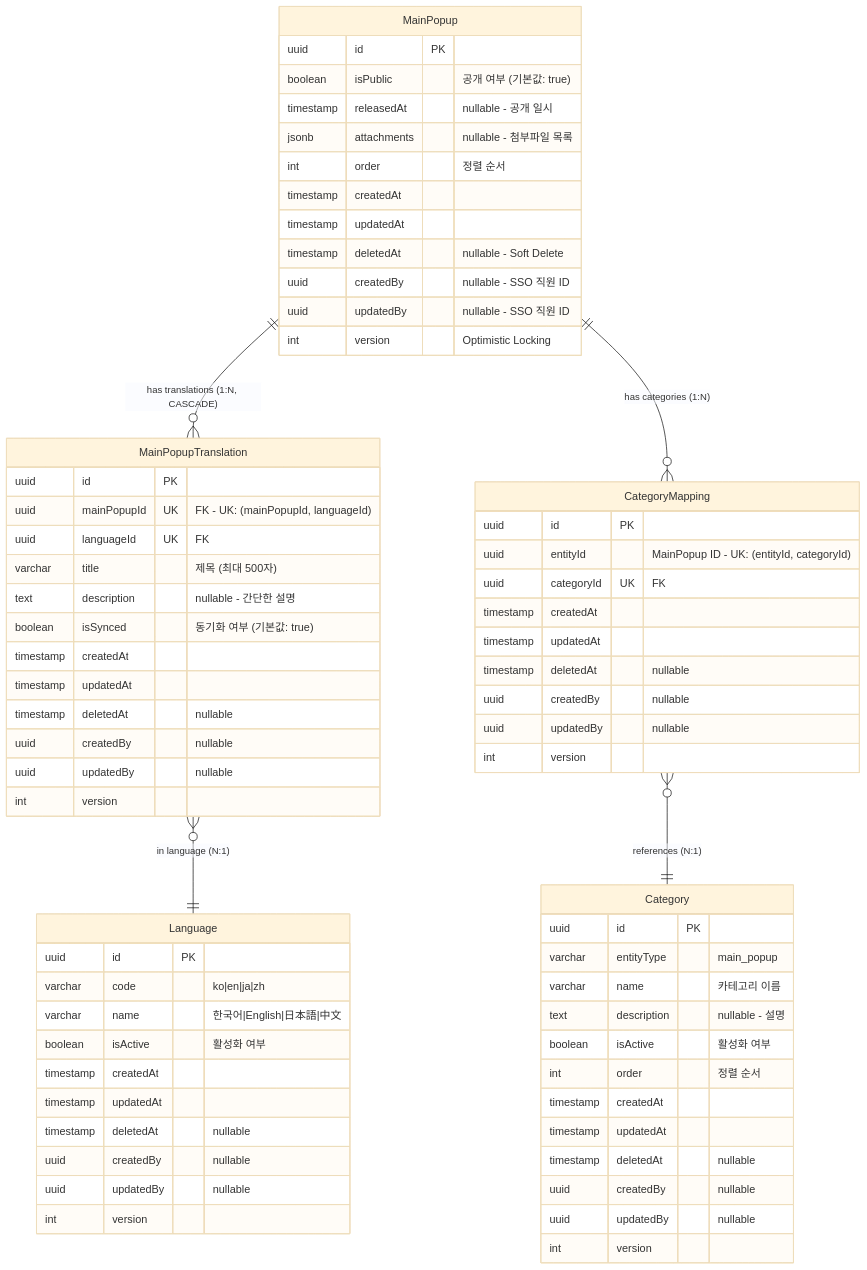
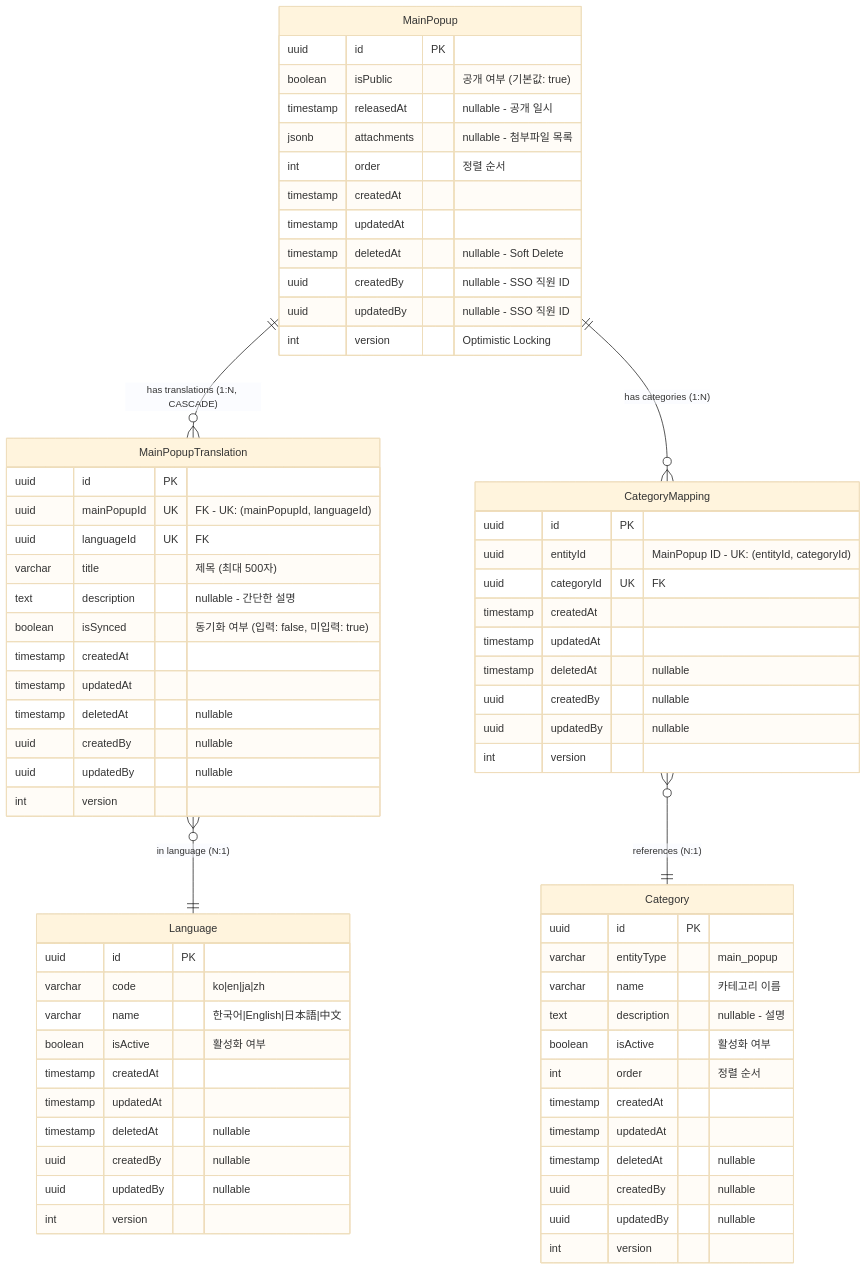
One commit to GTD-web/Back_ContentsManagementSystem changed the diagram in docs/erd/scenario-validation/main-popup-erd-validation.md. Above: the diagram before and after it, drawn with Mermaid (base theme). The commit also changed other lines of this file and 12 other files, not shown here.

````diff
--- a/docs/erd/scenario-validation/main-popup-erd-validation.md
+++ b/docs/erd/scenario-validation/main-popup-erd-validation.md
@@ -254,82 +260,82 @@
 ```mermaid
 erDiagram
     %% Core Entity
     MainPopup {
         uuid id PK
         boolean isPublic "공개 여부 (기본값: true)"
         timestamp releasedAt "nullable - 공개 일시"
         jsonb attachments "nullable - 첨부파일 목록"
         int order "정렬 순서"
         timestamp createdAt
         timestamp updatedAt
         timestamp deletedAt "nullable - Soft Delete"
         uuid createdBy "nullable - SSO 직원 ID"
         uuid updatedBy "nullable - SSO 직원 ID"
         int version "Optimistic Locking"
     }
     
     %% Translation Entity
     MainPopupTranslation {
         uuid id PK
         uuid mainPopupId UK "FK - UK: (mainPopupId, languageId)"
         uuid languageId UK "FK"
         varchar title "제목 (최대 500자)"
         text description "nullable - 간단한 설명"
-        boolean isSynced "동기화 여부 (기본값: true)"
+        boolean isSynced "동기화 여부 (입력: false, 미입력: true)"
         timestamp createdAt
         timestamp updatedAt
         timestamp deletedAt "nullable"
         uuid createdBy "nullable"
         uuid updatedBy "nullable"
         int version
     }
     
     %% Language Entity
     Language {
         uuid id PK
         varchar code "ko|en|ja|zh"
         varchar name "한국어|English|日本語|中文"
         boolean isActive "활성화 여부"
         timestamp createdAt
         timestamp updatedAt
         timestamp deletedAt "nullable"
         uuid createdBy "nullable"
         uuid updatedBy "nullable"
         int version
     }
     
     %% Category Entity
     Category {
         uuid id PK
         varchar entityType "main_popup"
         varchar name "카테고리 이름"
         text description "nullable - 설명"
         boolean isActive "활성화 여부"
         int order "정렬 순서"
         timestamp createdAt
         timestamp updatedAt
         timestamp deletedAt "nullable"
         uuid createdBy "nullable"
         uuid updatedBy "nullable"
         int version
     }
     
     %% Mapping Entity
     CategoryMapping {
         uuid id PK
         uuid entityId "MainPopup ID - UK: (entityId, categoryId)"
         uuid categoryId UK "FK"
         timestamp createdAt
         timestamp updatedAt
         timestamp deletedAt "nullable"
         uuid createdBy "nullable"
         uuid updatedBy "nullable"
         int version
     }
     
     %% Relationships
     MainPopup ||--o{ MainPopupTranslation : "has translations (1:N, CASCADE)"
     MainPopupTranslation }o--|| Language : "in language (N:1)"
     MainPopup ||--o{ CategoryMapping : "has categories (1:N)"
     CategoryMapping }o--|| Category : "references (N:1)"
 ```
````
